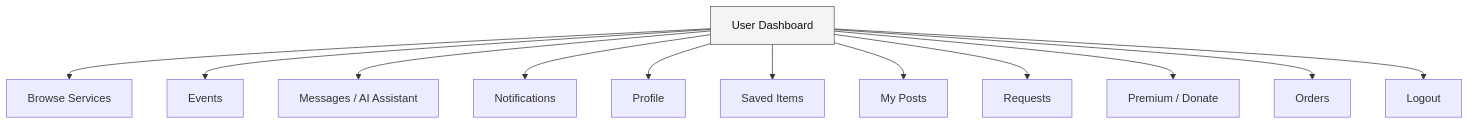
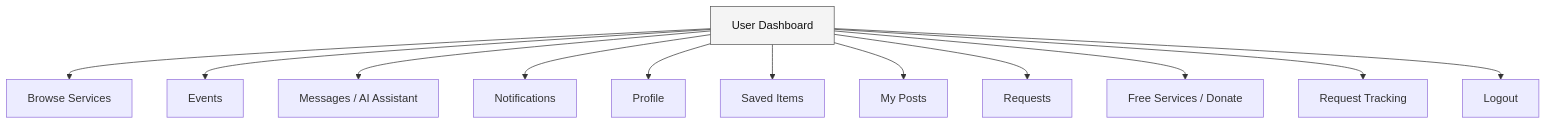
The diagram in docs/Project_UML diagram/sections/02-user-dashboard-flow.md (CapstoneDesign-Spring2026-UlsanCollege/Free_Sewaa), drawn with Mermaid before and after one commit. The commit also changed other lines of this file and 67 other files, not shown here.

````diff
--- a/docs/Project_UML diagram/sections/02-user-dashboard-flow.md
+++ b/docs/Project_UML diagram/sections/02-user-dashboard-flow.md
@@ -7,17 +7,17 @@
 ```mermaid
 flowchart TD
     Dashboard[User Dashboard] --> Browse[Browse Services]
     Dashboard --> Events[Events]
     Dashboard --> Messages[Messages / AI Assistant]
     Dashboard --> Notifications[Notifications]
     Dashboard --> Profile[Profile]
     Dashboard --> Saved[Saved Items]
     Dashboard --> Posts[My Posts]
     Dashboard --> Requests[Requests]
-    Dashboard --> Premium[Premium / Donate]
-    Dashboard --> Orders[Orders]
+    Dashboard --> Premium[Free Services / Donate]
+    Dashboard --> RequestTracking[Request Tracking]
     Dashboard --> Logout[Logout]
 
     classDef page fill:#f4f4f4,stroke:#555,stroke-width:1px,color:#111;
     class Dashboard page;
 ```
````
